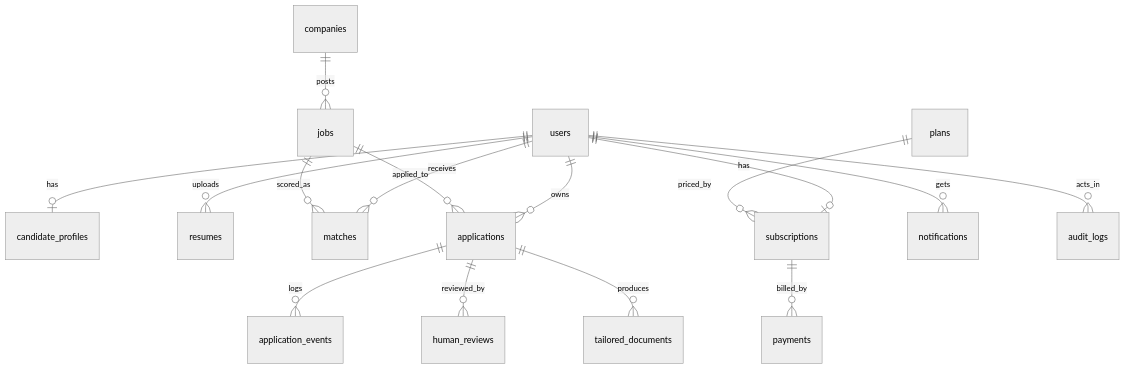
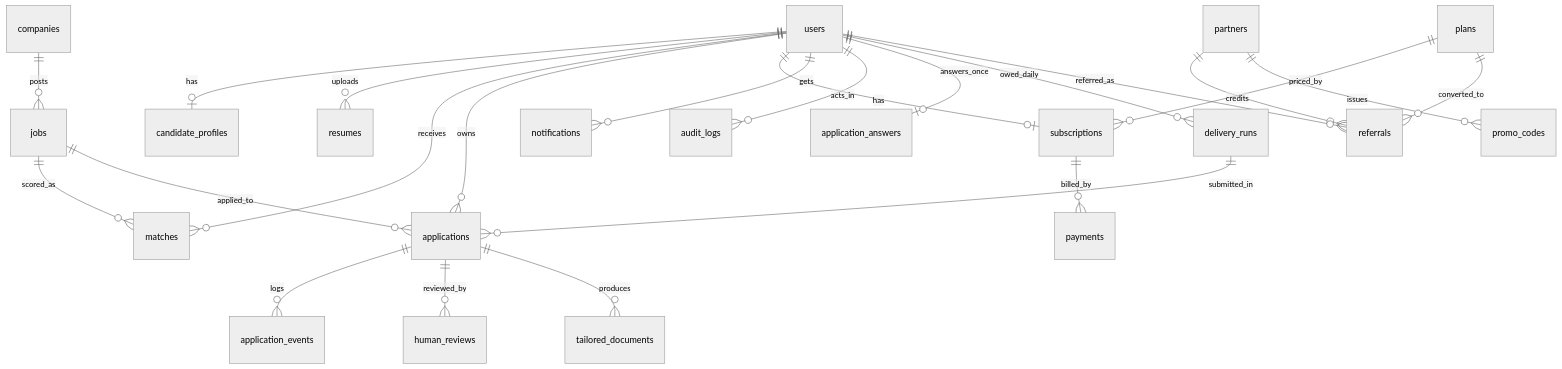
Before and after one commit to rohanmalyadri/SkyLark: the sixth of 6 diagrams in README.md, drawn with Mermaid (neutral theme). The commit also changed other lines of this file and 32 other files, not shown here.

````diff
--- a/README.md
+++ b/README.md
@@ -282,18 +371,25 @@
 ```mermaid
 erDiagram
     users ||--o| candidate_profiles : has
     users ||--o{ resumes : uploads
     users ||--o{ matches : receives
     users ||--o{ applications : owns
     users ||--o| subscriptions : has
     companies ||--o{ jobs : posts
     jobs ||--o{ matches : scored_as
     jobs ||--o{ applications : applied_to
     applications ||--o{ application_events : logs
     applications ||--o{ human_reviews : reviewed_by
     applications ||--o{ tailored_documents : produces
     plans ||--o{ subscriptions : priced_by
     subscriptions ||--o{ payments : billed_by
     users ||--o{ notifications : gets
     users ||--o{ audit_logs : acts_in
+    users ||--o| application_answers : answers_once
+    users ||--o{ delivery_runs : owed_daily
+    delivery_runs ||--o{ applications : submitted_in
+    partners ||--o{ referrals : credits
+    partners ||--o{ promo_codes : issues
+    users ||--o{ referrals : referred_as
+    plans ||--o{ referrals : converted_to
 ```
````
